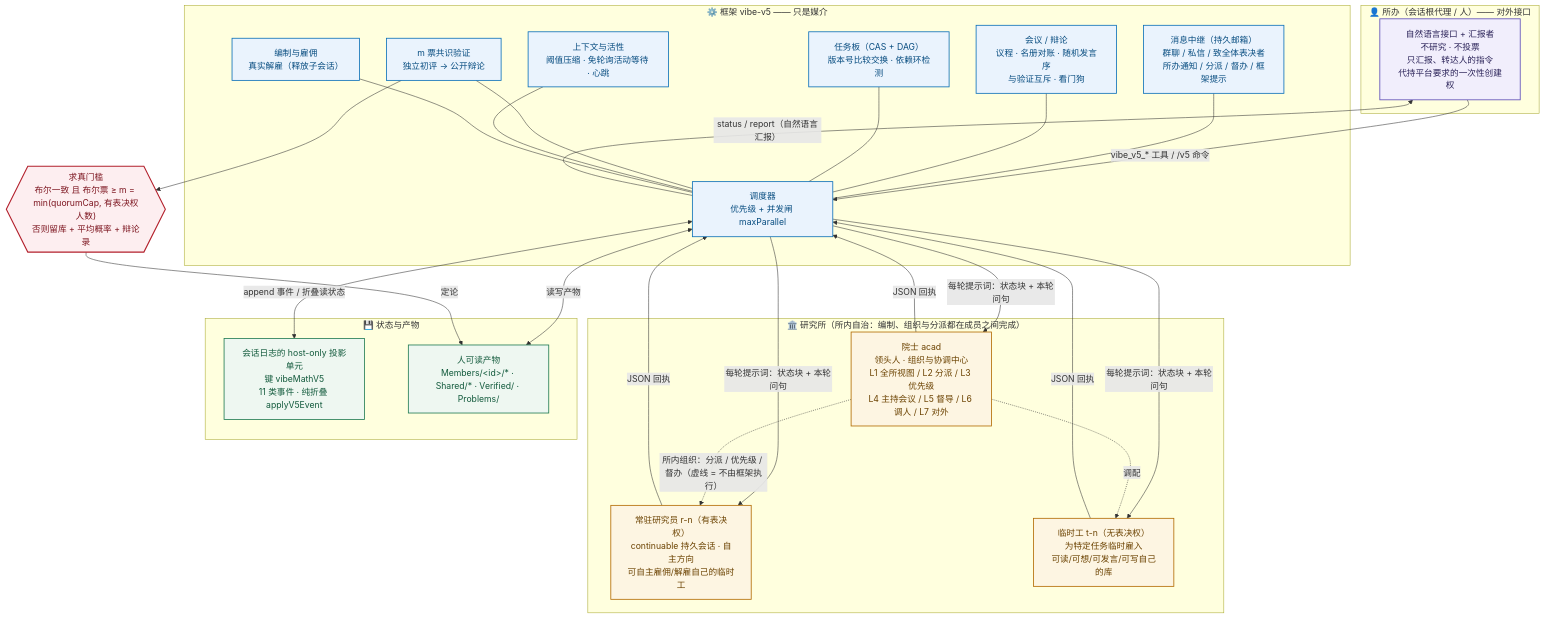
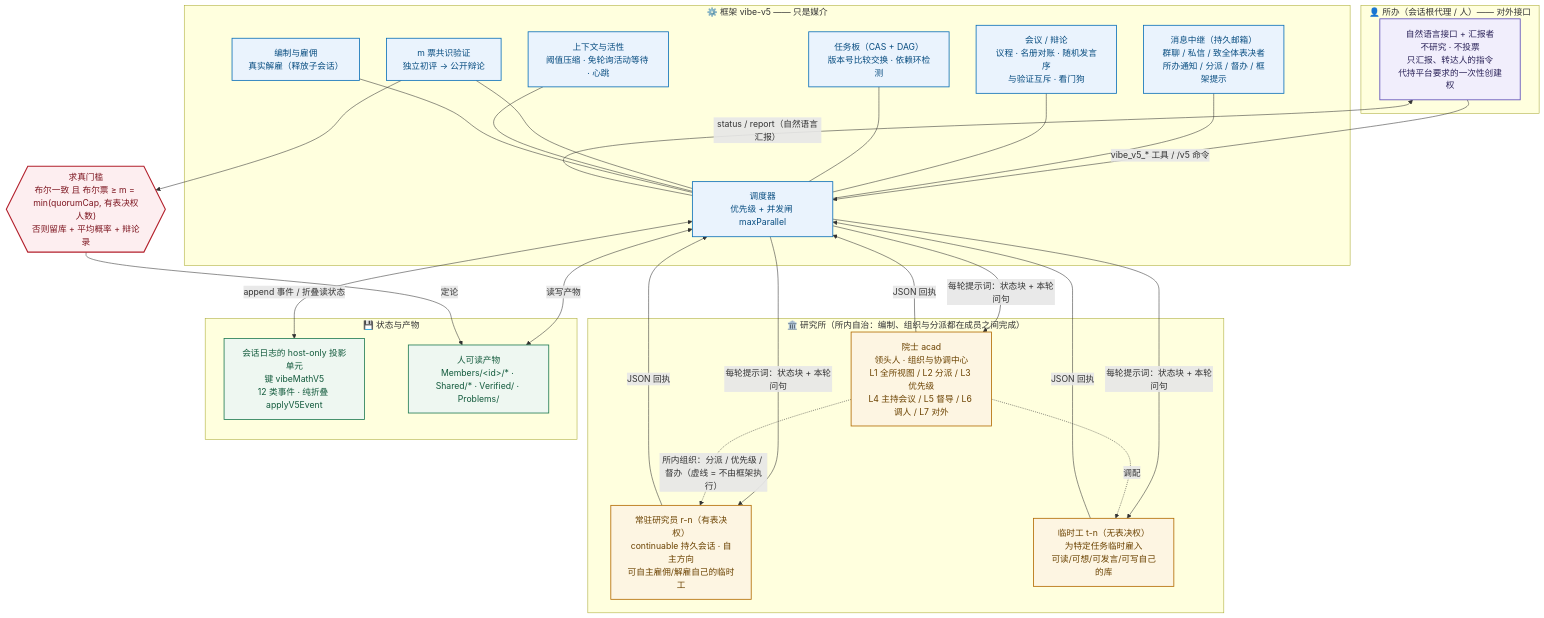
The first of 11 diagrams in vibe-math-v5/架构图.md (ChongCyrus/Vibe-Mathematics), drawn with Mermaid before and after one commit. The commit also changed other lines of this file and 38 other files, not shown here.

First line of the commit message:
fix(lean): 四套深度审计：修三处高危门禁缺陷 + 撤回语义统一 + 工具 schema 守卫 (2.3.2)

````diff
--- a/vibe-math-v5/架构图.md
+++ b/vibe-math-v5/架构图.md
@@ -16,61 +16,61 @@
 ```mermaid
 flowchart TB
     subgraph L0["👤 所办（会话根代理 / 人）—— 对外接口"]
         OFF["自然语言接口 + 汇报者<br/>不研究 · 不投票<br/>只汇报、转达人的指令<br/>代持平台要求的一次性创建权"]
     end
 
     subgraph L1["🏛️ 研究所（所内自治：编制、组织与分派都在成员之间完成）"]
         ACAD["院士 acad<br/>领头人 · 组织与协调中心<br/>L1 全所视图 / L2 分派 / L3 优先级<br/>L4 主持会议 / L5 督导 / L6 调人 / L7 对外"]
         RES["常驻研究员 r-n（有表决权）<br/>continuable 持久会话 · 自主方向<br/>可自主雇佣/解雇自己的临时工"]
         TMP["临时工 t-n（无表决权）<br/>为特定任务临时雇入<br/>可读/可想/可发言/可写自己的库"]
     end
 
     subgraph L2["⚙️ 框架 vibe-v5 —— 只是媒介"]
         MSG["消息中继（持久邮箱）<br/>群聊 / 私信 / 致全体表决者<br/>所办通知 / 分派 / 督办 / 框架提示"]
         MTG["会议 / 辩论<br/>议程 · 名册对账 · 随机发言序<br/>与验证互斥 · 看门狗"]
         TASK["任务板（CAS + DAG）<br/>版本号比较交换 · 依赖环检测"]
         VOTE["m 票共识验证<br/>独立初评 → 公开辩论"]
         CTX["上下文与活性<br/>阈值压缩 · 免轮询活动等待 · 心跳"]
         STAFF["编制与雇佣<br/>真实解雇（释放子会话）"]
         SCHED["调度器<br/>优先级 + 并发闸 maxParallel"]
     end
 
     subgraph L3["💾 状态与产物"]
-        PROJ["会话日志的 host-only 投影单元<br/>键 vibeMathV5<br/>11 类事件 · 纯折叠 applyV5Event"]
+        PROJ["会话日志的 host-only 投影单元<br/>键 vibeMathV5<br/>12 类事件 · 纯折叠 applyV5Event"]
         FS["人可读产物<br/>Members/&lt;id&gt;/* · Shared/* · Verified/ · Problems/"]
     end
 
     RULE{{"求真门槛<br/>布尔一致 且 布尔票 ≥ m = min(quorumCap, 有表决权人数)<br/>否则留库 + 平均概率 + 辩论录"}}
 
     OFF -->|"vibe_v5_* 工具 / /v5 命令"| SCHED
     SCHED -->|"status / report（自然语言汇报）"| OFF
     SCHED -->|"每轮提示词：状态块 + 本轮问句"| ACAD
     SCHED -->|"每轮提示词：状态块 + 本轮问句"| RES
     SCHED -->|"每轮提示词：状态块 + 本轮问句"| TMP
     ACAD -->|"JSON 回执"| SCHED
     RES -->|"JSON 回执"| SCHED
     TMP -->|"JSON 回执"| SCHED
     ACAD -.->|"所内组织：分派 / 优先级 / 督办（虚线 = 不由框架执行）"| RES
     ACAD -.->|"调配"| TMP
     MSG --- SCHED
     MTG --- SCHED
     TASK --- SCHED
     VOTE --- SCHED
     CTX --- SCHED
     STAFF --- SCHED
     SCHED <-->|"append 事件 / 折叠读状态"| PROJ
     SCHED <-->|"读写产物"| FS
     VOTE --> RULE
     RULE -->|"定论"| FS
 
     classDef human fill:#f1eefc,stroke:#5b4bb8,stroke-width:1.5px,color:#2b2359
     classDef house fill:#fdf5e2,stroke:#b26a00,stroke-width:1.5px,color:#6b4200
     classDef frame fill:#eaf3fd,stroke:#0b6fb8,stroke-width:1.5px,color:#084d80
     classDef data fill:#eef7f1,stroke:#1f7a52,stroke-width:1.5px,color:#125a3c
     classDef gate fill:#fdeef0,stroke:#b3202c,stroke-width:2px,color:#7d1620
     class OFF human
     class ACAD,RES,TMP house
     class MSG,MTG,TASK,VOTE,CTX,STAFF,SCHED frame
     class PROJ,FS data
     class RULE gate
 ```
````
